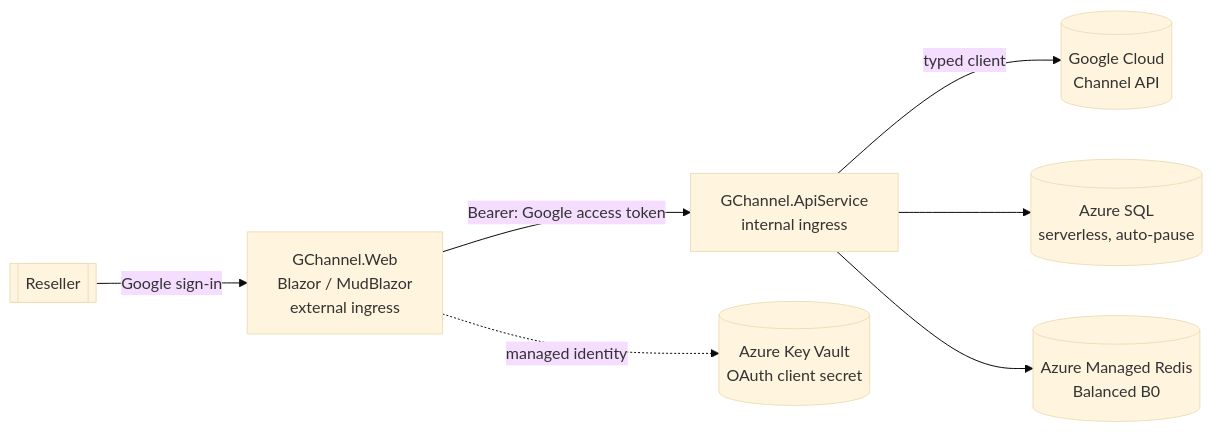
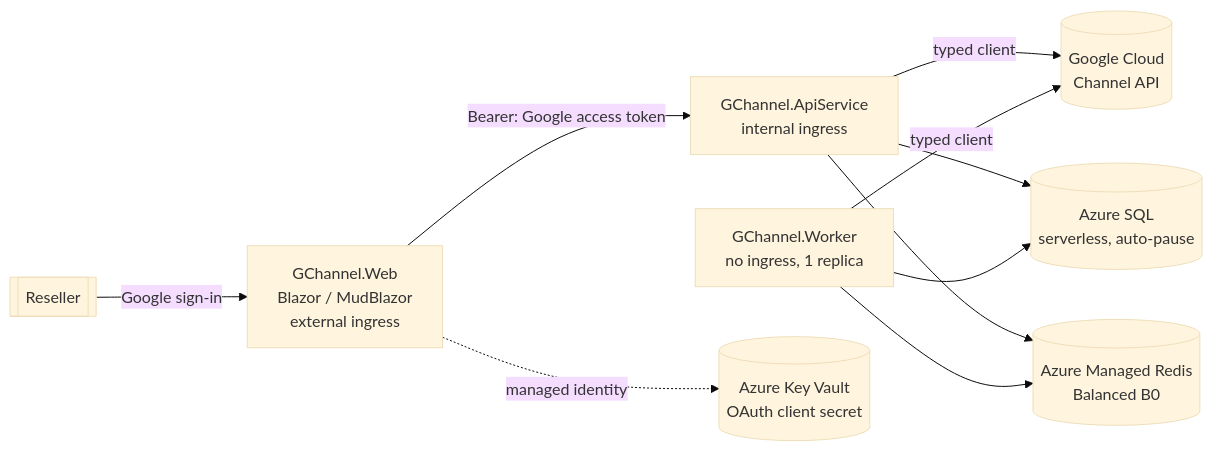
Before and after one commit to tdsnxnielsen-mikkelbach/GChannel: the diagram in docs/architecture.md, drawn with Mermaid (base theme). The commit also changed other lines of this file and 11 other files, not shown here.

Commit message:
feat: Add GChannel.Worker project for background processing and update architecture documentation

````diff
--- a/docs/architecture.md
+++ b/docs/architecture.md
@@ -28,9 +34,12 @@
 ```mermaid
 flowchart LR
     User[[Reseller]] -- Google sign-in --> Web[GChannel.Web<br/>Blazor / MudBlazor<br/>external ingress]
     Web -- Bearer: Google access token --> Api[GChannel.ApiService<br/>internal ingress]
     Api -- typed client --> Google[(Google Cloud<br/>Channel API)]
+    Worker[GChannel.Worker<br/>no ingress, 1 replica] -- typed client --> Google
     Api --> Sql[(Azure SQL<br/>serverless, auto-pause)]
     Api --> Redis[(Azure Managed Redis<br/>Balanced B0)]
+    Worker --> Sql
+    Worker --> Redis
     Web -. managed identity .-> Kv[(Azure Key Vault<br/>OAuth client secret)]
 ```
````
